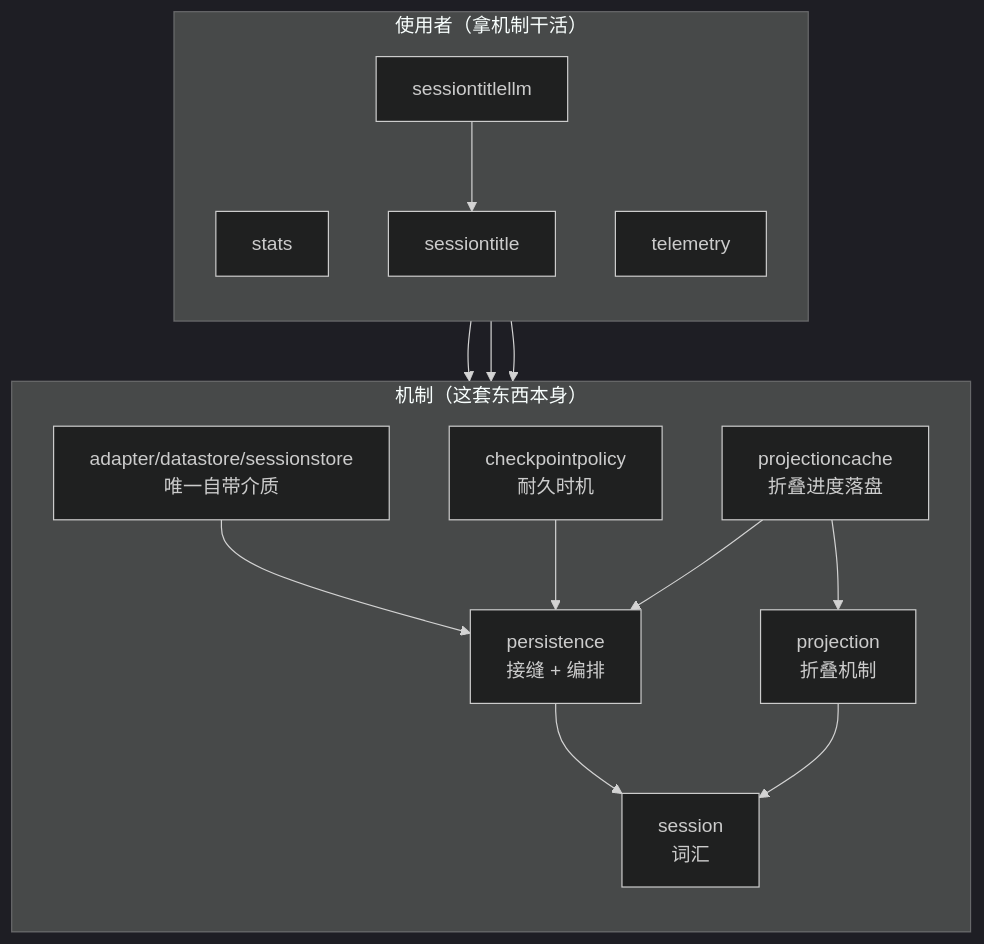
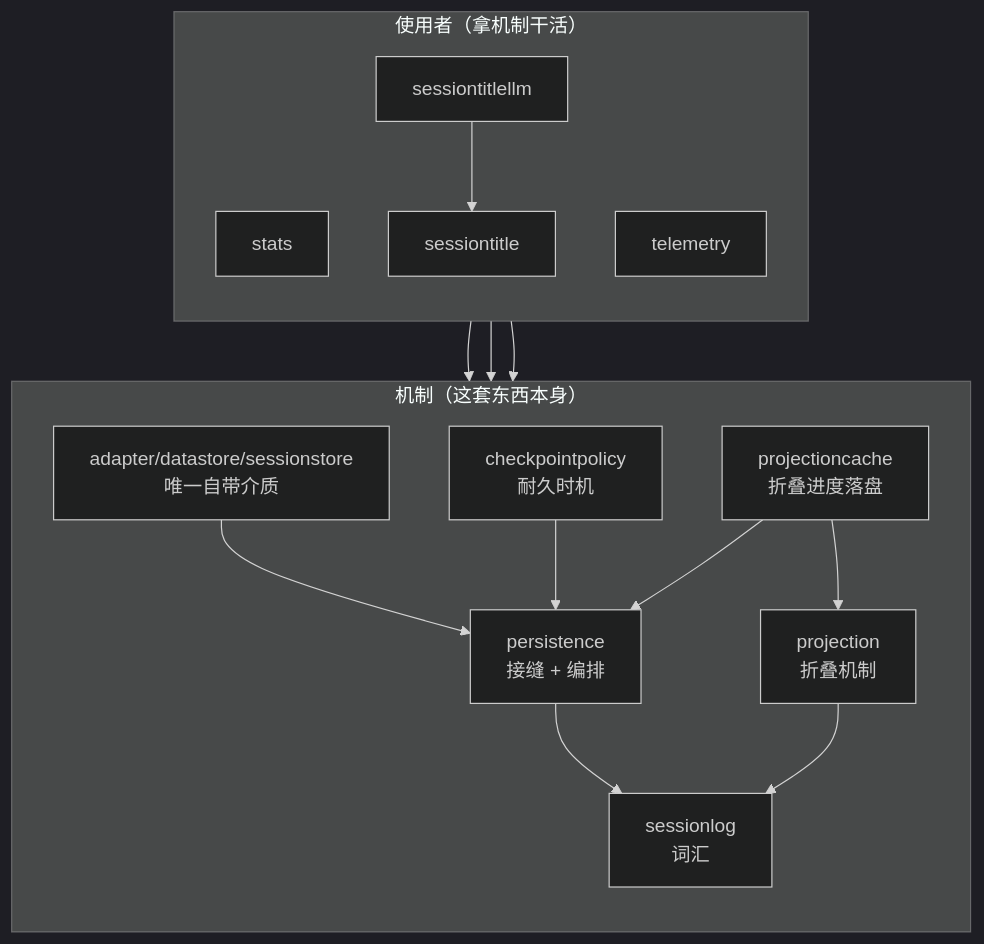
Before and after one commit to snight1983/ds-harness-go: the fifth of 13 diagrams in docs/modules/session-tree.md, drawn with Mermaid (dark theme). The commit also changed other lines of this file and 136 other files, not shown here.

````diff
--- a/docs/modules/session-tree.md
+++ b/docs/modules/session-tree.md
@@ -218,31 +218,31 @@
 ```mermaid
 flowchart TB
     subgraph mech["机制（这套东西本身）"]
         direction TB
-        V["session<br/>词汇"]
+        V["sessionlog<br/>词汇"]
         PE["persistence<br/>接缝 + 编排"]
         PG2["adapter/datastore/sessionstore<br/>唯一自带介质"]
         CP["checkpointpolicy<br/>耐久时机"]
         PJ["projection<br/>折叠机制"]
         PC["projectioncache<br/>折叠进度落盘"]
     end
 
     subgraph use["使用者（拿机制干活）"]
         direction TB
         ST["stats"]
         TI["sessiontitle"]
         TL["sessiontitlellm"]
         TE["telemetry"]
     end
 
     PE --> V
     PG2 --> PE
     CP --> PE
     PJ --> V
     PC --> PJ
     PC --> PE
     ST --> PJ
     TI --> PJ
     TL --> TI
     TE --> PJ
 ```
````
